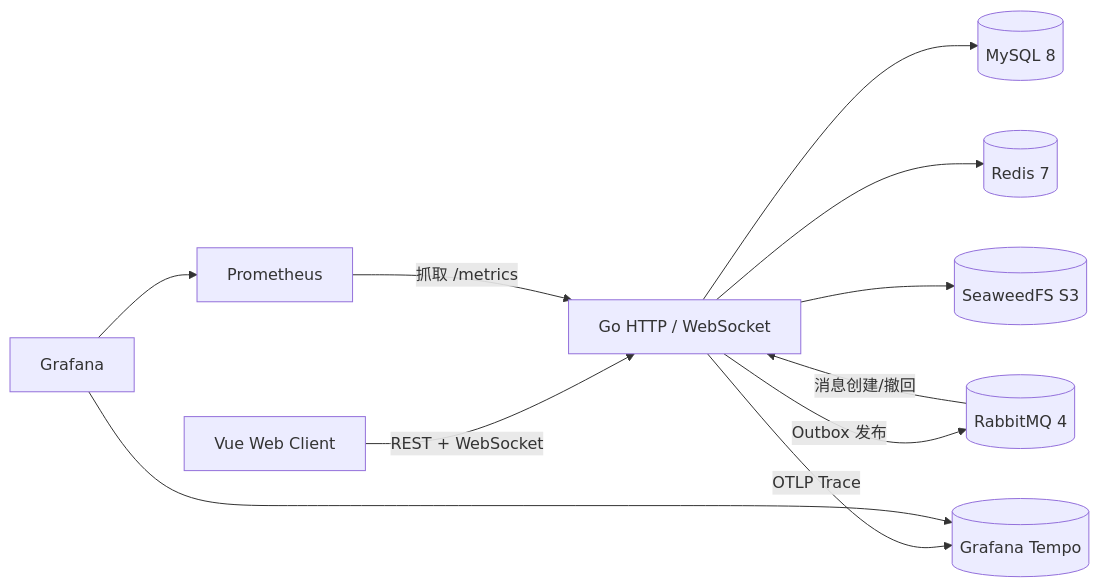
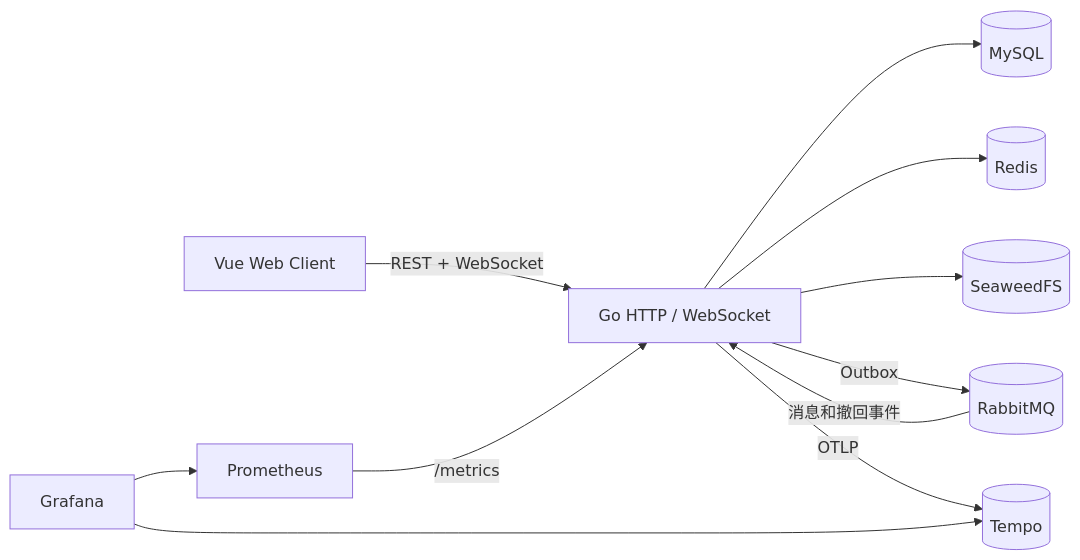
One commit to PYang176/RelayIM changed the diagram in README.md. Above: the diagram before and after it, drawn with Mermaid. The commit also changed other lines of this file, not shown here.

````diff
--- a/README.md
+++ b/README.md
@@ -37,23 +79,23 @@
 ```mermaid
 flowchart LR
     Web[Vue Web Client]
     API[Go HTTP / WebSocket]
-    MySQL[(MySQL 8)]
-    Redis[(Redis 7)]
-    Rabbit[(RabbitMQ 4)]
-    S3[(SeaweedFS S3)]
-    Tempo[(Grafana Tempo)]
+    MySQL[(MySQL)]
+    Redis[(Redis)]
+    Rabbit[(RabbitMQ)]
+    S3[(SeaweedFS)]
+    Tempo[(Tempo)]
     Prom[Prometheus]
     Grafana[Grafana]
 
     Web -->|REST + WebSocket| API
     API --> MySQL
     API --> Redis
     API --> S3
-    API -->|OTLP Trace| Tempo
-    API -->|Outbox 发布| Rabbit
-    Rabbit -->|消息创建/撤回| API
-    Prom -->|抓取 /metrics| API
+    API -->|Outbox| Rabbit
+    Rabbit -->|消息和撤回事件| API
+    API -->|OTLP| Tempo
+    Prom -->|/metrics| API
     Grafana --> Prom
     Grafana --> Tempo
 ```
````
